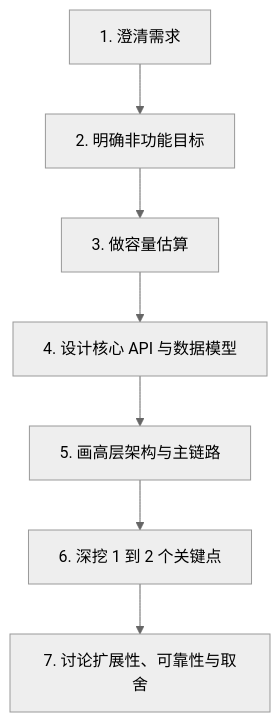
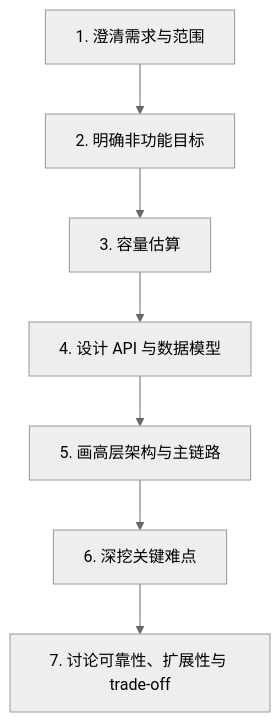
The first of 2 diagrams in 系统设计/01_系统设计面试全景与答题框架.md (qxq1997/learning_stuff), drawn with Mermaid (neutral theme) before and after one commit. The commit also changed other lines of this file and 20 other files, not shown here.

````diff
--- a/系统设计/01_系统设计面试全景与答题框架.md
+++ b/系统设计/01_系统设计面试全景与答题框架.md
@@ -22,9 +53,9 @@
 ```mermaid
 flowchart TD
-    A["1. 澄清需求"] --> B["2. 明确非功能目标"]
-    B --> C["3. 做容量估算"]
-    C --> D["4. 设计核心 API 与数据模型"]
+    A["1. 澄清需求与范围"] --> B["2. 明确非功能目标"]
+    B --> C["3. 容量估算"]
+    C --> D["4. 设计 API 与数据模型"]
     D --> E["5. 画高层架构与主链路"]
-    E --> F["6. 深挖 1 到 2 个关键点"]
-    F --> G["7. 讨论扩展性、可靠性与取舍"]
+    E --> F["6. 深挖关键难点"]
+    F --> G["7. 讨论可靠性、扩展性与 trade-off"]
 ```
````
